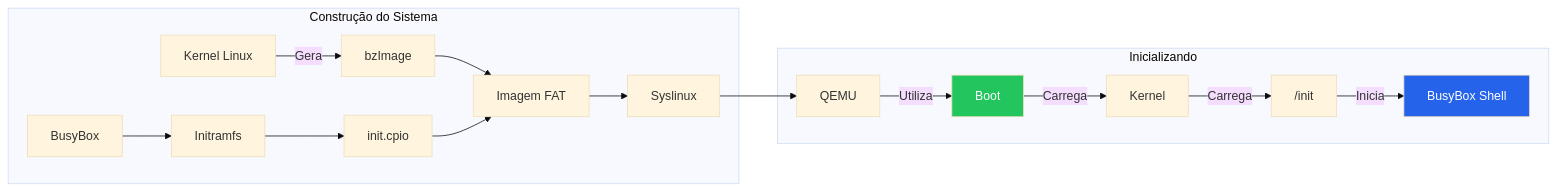
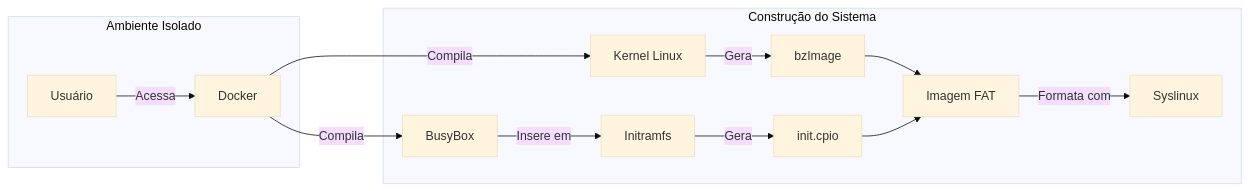
One commit to FelpzzzEX/LecOS changed the first of 2 diagrams in Primeiros_Passos/base-inicial.md. Above: the diagram before and after it, drawn with Mermaid (base theme). The commit also changed other lines of this file and 1 other file, not shown here.

````diff
--- a/Primeiros_Passos/base-inicial.md
+++ b/Primeiros_Passos/base-inicial.md
@@ -23,23 +26,20 @@
 ```mermaid
 flowchart LR
+    subgraph Ambiente["Ambiente Isolado"]
+      M["Docker"]
+      P["Usuário"]
+      P-->|Acessa|M
+    end
+    
     subgraph Build["Construção do Sistema"]
       A["Kernel Linux"] -->|Gera| B["bzImage"]
-      C["BusyBox"] --> D["Initramfs"]
-      D --> E["init.cpio"]
+      C["BusyBox"] -->|Insere em| D["Initramfs"]
+      D -->|Gera| E["init.cpio"]
       B --> F["Imagem FAT"]
       E --> F
-      F --> G["Syslinux"]
+      F -->|Formata com| G["Syslinux"]
     end
 
-    subgraph Boot["Inicializando"]
-      H["QEMU"] -->|Utiliza| I["Boot"]
-      I -->|Carrega| J["Kernel"]
-      J -->|Carrega| K["/init"]
-      K -->|Inicia| L["BusyBox Shell"]
-    end
-
-    G --> H
-    
-    style I fill:#22c55e,color:#fff
-    style L fill:#2563eb,color:#fff
+    M-->|Compila|A
+    M-->|Compila|C
 ```
````
